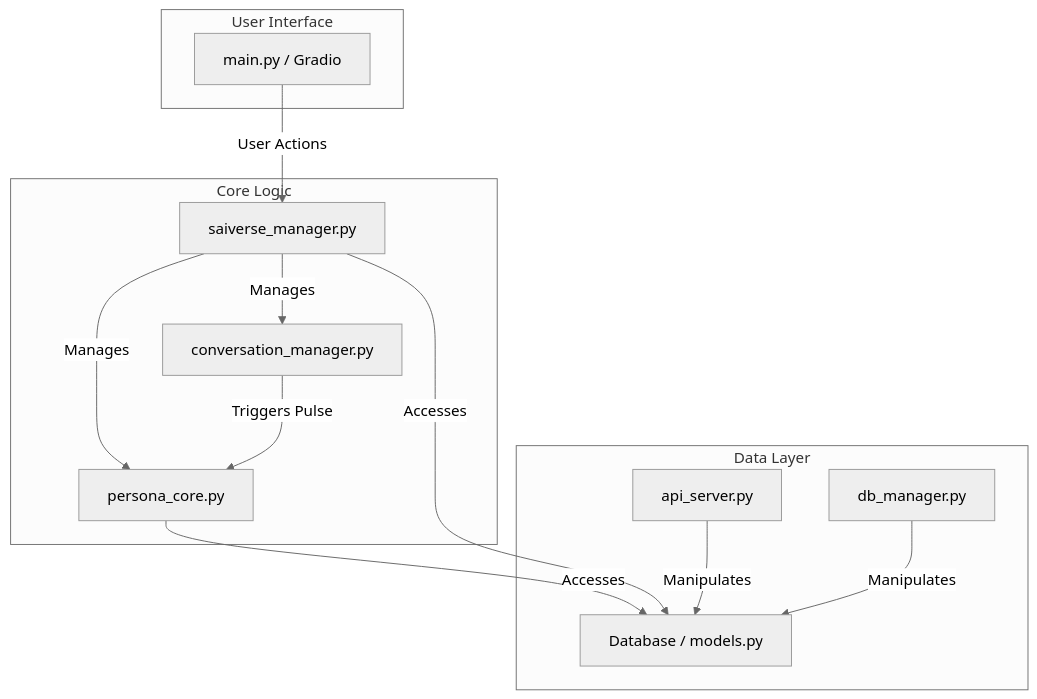
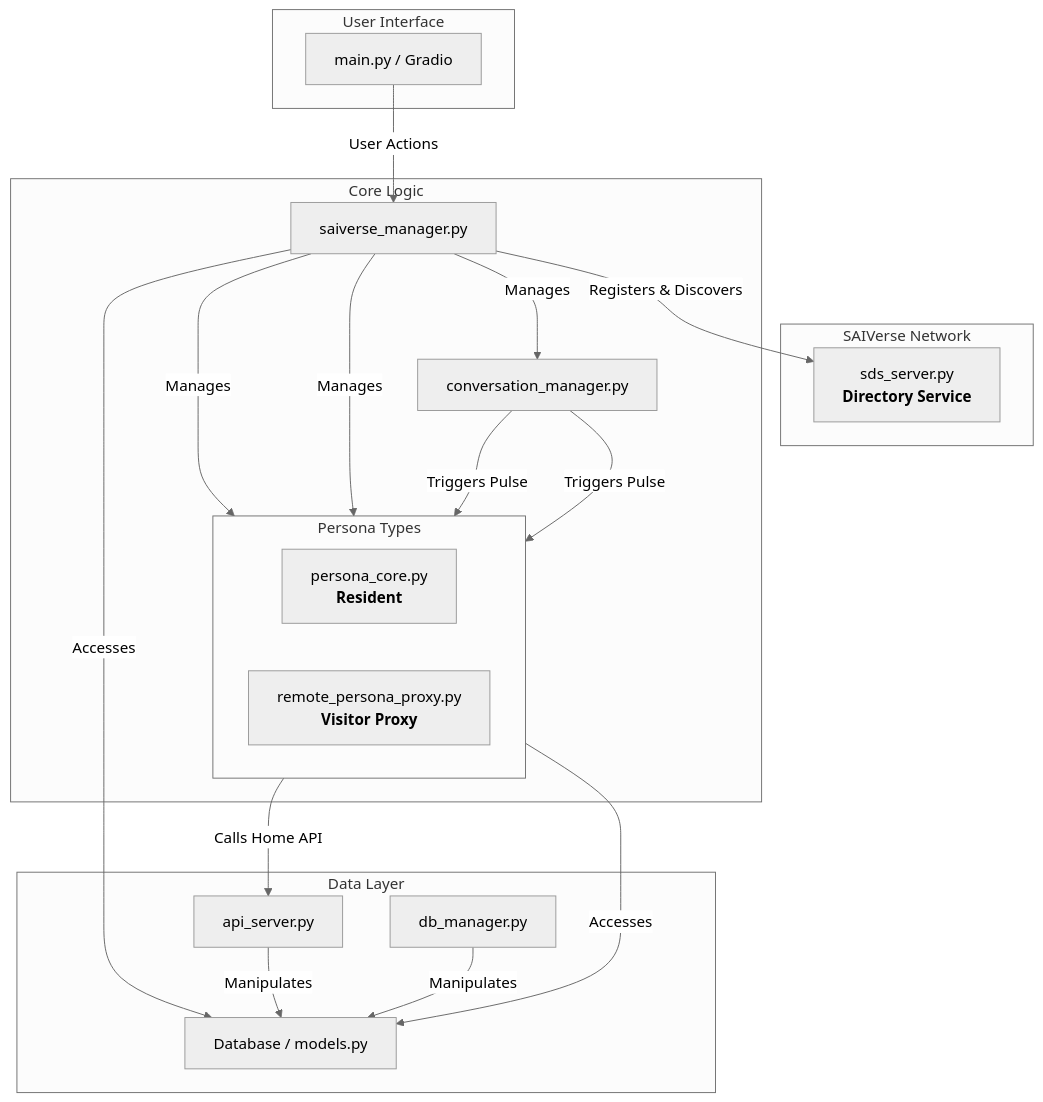
Before and after one commit to RNA4219/SAIVerse: the diagram in docs/architecture.md, drawn with Mermaid (neutral theme). The commit also changed other lines of this file and 12 other files, not shown here.

Commit message:
execute globalize based SAIVerse Directory Searvice.

````diff
--- a/docs/architecture.md
+++ b/docs/architecture.md
@@ -15,27 +16,43 @@
 ```mermaid
 graph TD
+    subgraph "SAIVerse Network"
+        SDS[sds_server.py<br/><b>Directory Service</b>]
+    end
+
     subgraph "User Interface"
         UI[main.py / Gradio]
     end
 
     subgraph "Core Logic"
         Manager[saiverse_manager.py]
-        Persona[persona_core.py]
+        subgraph "Persona Types"
+            direction LR
+            Resident[persona_core.py<br/><b>Resident</b>]
+            Visitor[remote_persona_proxy.py<br/><b>Visitor Proxy</b>]
+        end
         ConvManager[conversation_manager.py]
     end
 
     subgraph "Data Layer"
         DB[Database / models.py]
         API[api_server.py]
         DB_UI[db_manager.py]
     end
 
     UI -- "User Actions" --> Manager
-    Manager -- "Manages" --> Persona
+
+    Manager -- "Manages" --> Resident
+    Manager -- "Manages" --> Visitor
     Manager -- "Manages" --> ConvManager
-    ConvManager -- "Triggers Pulse" --> Persona
-    Persona -- "Accesses" --> DB
     Manager -- "Accesses" --> DB
+    Manager -- "Registers & Discovers" --> SDS
+
+    ConvManager -- "Triggers Pulse" --> Resident
+    ConvManager -- "Triggers Pulse" --> Visitor
+
+    Resident -- "Accesses" --> DB
+    Visitor -- "Calls Home API" --> API
+
     API -- "Manipulates" --> DB
     DB_UI -- "Manipulates" --> DB
 ```
````
